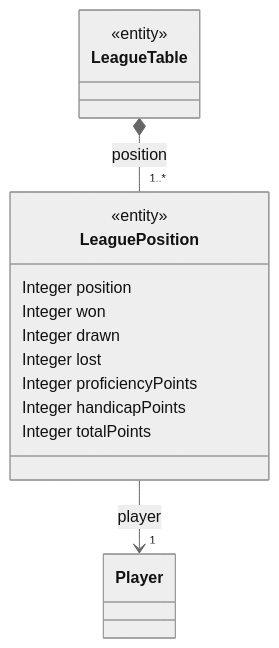
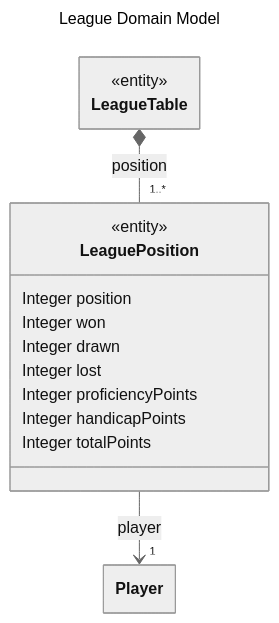
The diagram in design/data/league.md (AdrianMiley/War-Games-League), drawn with Mermaid (neutral theme) before and after one commit. The commit also changed 4 other files, not shown here.

Commit message:
Adding initial class and namespace details to Domain Model

````diff
--- a/design/data/league.md
+++ b/design/data/league.md
@@ -1,19 +1,26 @@
 ```mermaid
+---
+  title: League Domain Model
+  config:
+    class:
+      hideEmptyMembersBox: true
+---
 classDiagram
+%%    namespace "league"
     class LeagueTable {
         <<entity>>
     }
 
     class LeaguePosition {
         <<entity>>
         Integer position
         Integer won
         Integer drawn
         Integer lost
         Integer proficiencyPoints
         Integer handicapPoints
         Integer totalPoints
     }
     LeagueTable *-- "1..*" LeaguePosition : position
     LeaguePosition --> "1" Player : player
 ```
````
